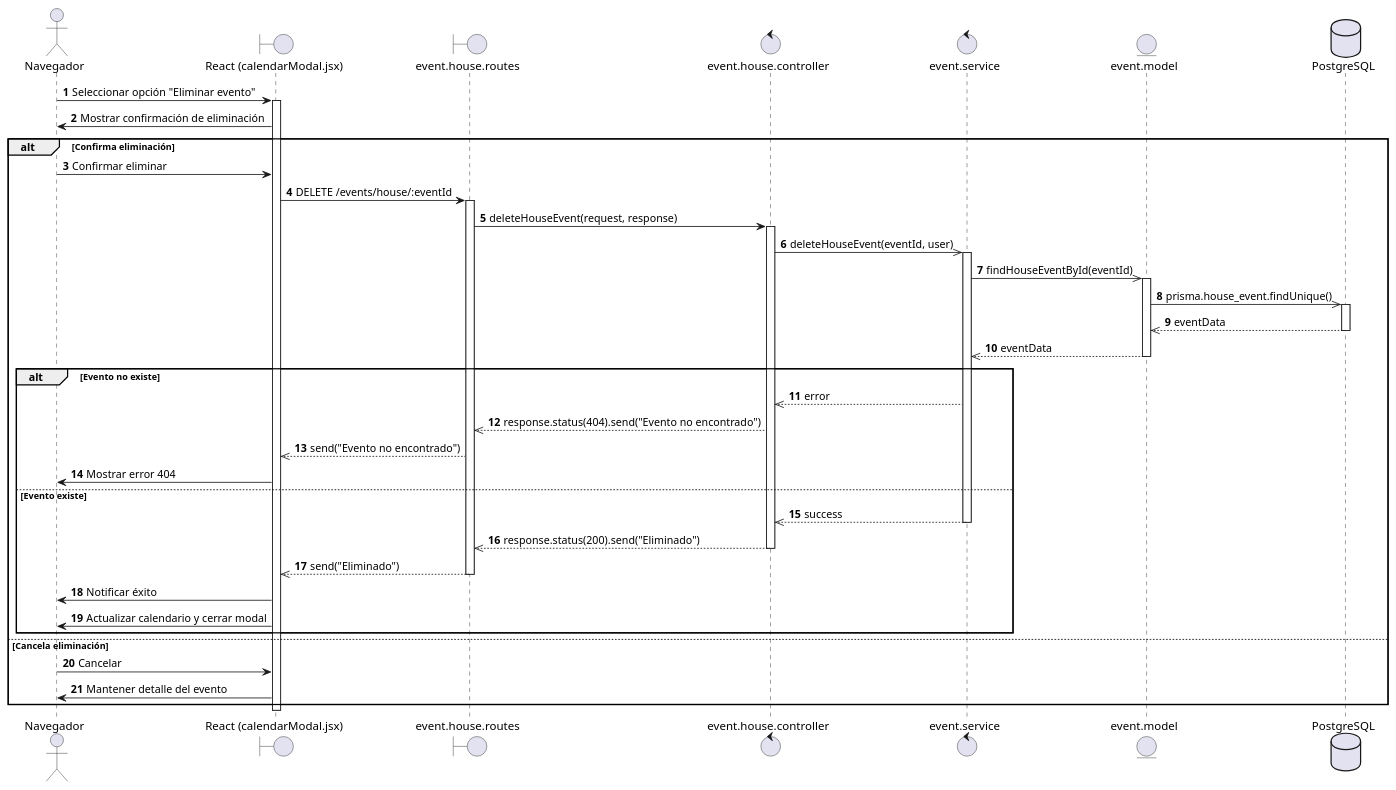
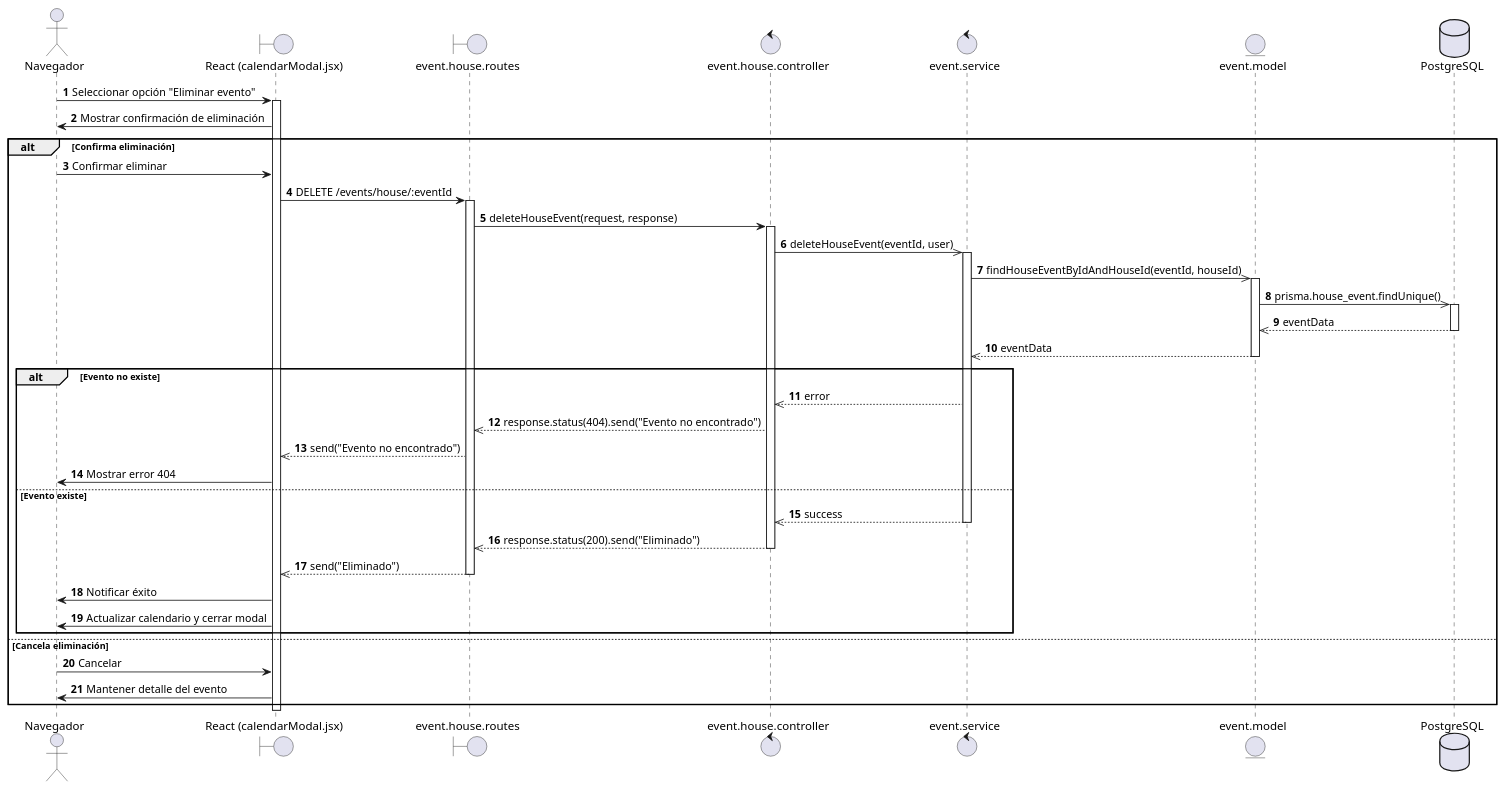
Before and after one commit to AztlanConsulting/RCHQ-Back: the diagram in diagrams/Sequence diagram/US83.puml, drawn with PlantUML.

Commit message:
docs(DS): Se cambia el nombre de la funcion del modelo para que coincida con la refactorizacion hecha.

```diff
--- a/diagrams/Sequence diagram/US83.puml
+++ b/diagrams/Sequence diagram/US83.puml
@@ -1,71 +1,71 @@
 @startuml HU - Coordinador elimina evento de casa
 
 actor Navegador
 boundary "React (calendarModal.jsx)" as ReactView
 boundary "event.house.routes" as routes
 control "event.house.controller" as controller
 control event.service
 entity event.model
 database PostgreSQL
 
 autonumber
 
 Navegador -> ReactView : Seleccionar opción "Eliminar evento"
 activate ReactView
 
 ReactView -> Navegador : Mostrar confirmación de eliminación
 
 alt Confirma eliminación
     Navegador -> ReactView : Confirmar eliminar
 
     ReactView -> routes : DELETE /events/house/:eventId
     activate routes
 
     routes -> controller : deleteHouseEvent(request, response)
     activate controller
 
     controller ->> event.service : deleteHouseEvent(eventId, user)
     activate event.service
 
-    event.service ->> event.model : findHouseEventById(eventId)
+    event.service ->> event.model : findHouseEventByIdAndHouseId(eventId, houseId)
     activate event.model
 
     event.model ->> PostgreSQL : prisma.house_event.findUnique()
     activate PostgreSQL
     PostgreSQL -->> event.model : eventData
     deactivate PostgreSQL
 
     event.model -->> event.service : eventData
     deactivate event.model
 
     alt Evento no existe
         event.service -->> controller : error
 
         controller -->> routes : response.status(404).send("Evento no encontrado")
 
         routes -->> ReactView : send("Evento no encontrado")
 
         ReactView -> Navegador : Mostrar error 404
 
     else Evento existe
         event.service -->> controller : success
         deactivate event.service
 
         controller -->> routes : response.status(200).send("Eliminado")
         deactivate controller
 
         routes -->> ReactView : send("Eliminado")
         deactivate routes
 
         ReactView -> Navegador : Notificar éxito
         ReactView -> Navegador : Actualizar calendario y cerrar modal
     end
 
 else Cancela eliminación
     Navegador -> ReactView : Cancelar
     ReactView -> Navegador : Mantener detalle del evento
 end
 
 deactivate ReactView
 
 @enduml
```
